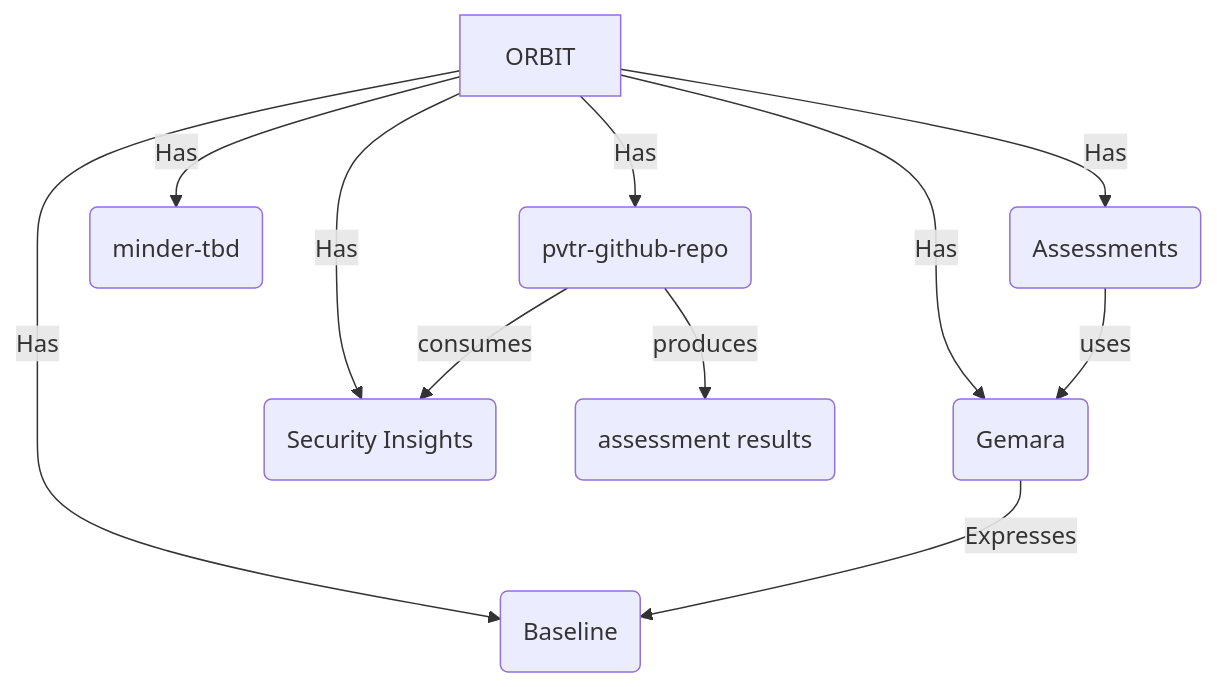
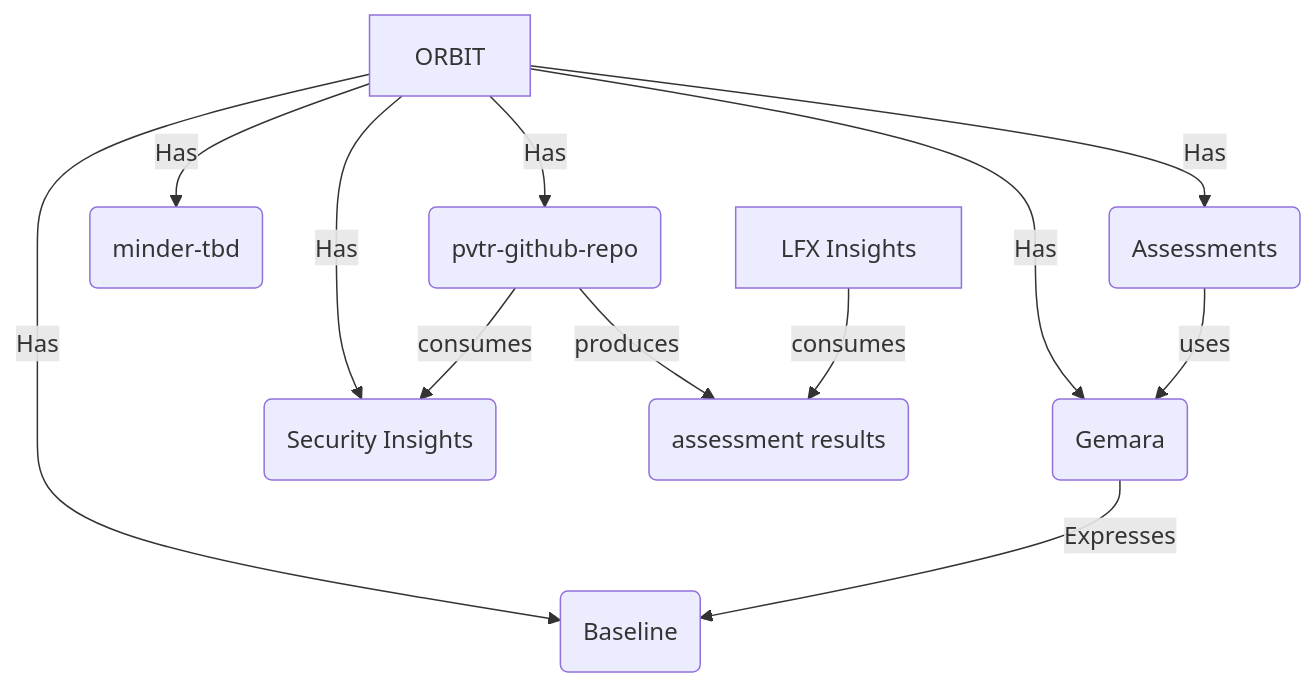
The diagram in IN_ORBIT.md (ossf/wg-orbit), drawn with Mermaid before and after one commit.

````diff
--- a/IN_ORBIT.md
+++ b/IN_ORBIT.md
@@ -3,13 +3,14 @@
 ```mermaid
 flowchart TD
     A[ORBIT] -->|Has| B(Baseline)
     A[ORBIT] -->|Has| C(Gemara)
     A[ORBIT] -->|Has| D(Security Insights)
     A[ORBIT] -->|Has| E(pvtr-github-repo)
     A[ORBIT] -->|Has| F(minder-tbd)
     A[ORBIT] -->|Has| G(Assessments)
     C -->|Expresses| B
     E -->|consumes | D
     E -->|produces | H(assessment results)
     G -->|uses | C
+    I[LFX Insights] -->|consumes |H
 ```
````
